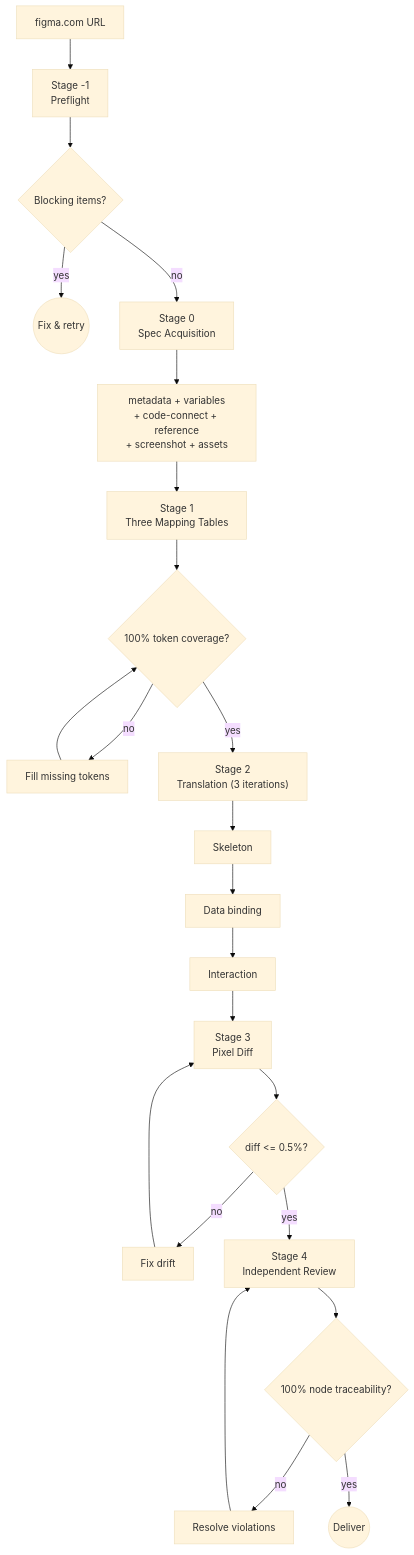
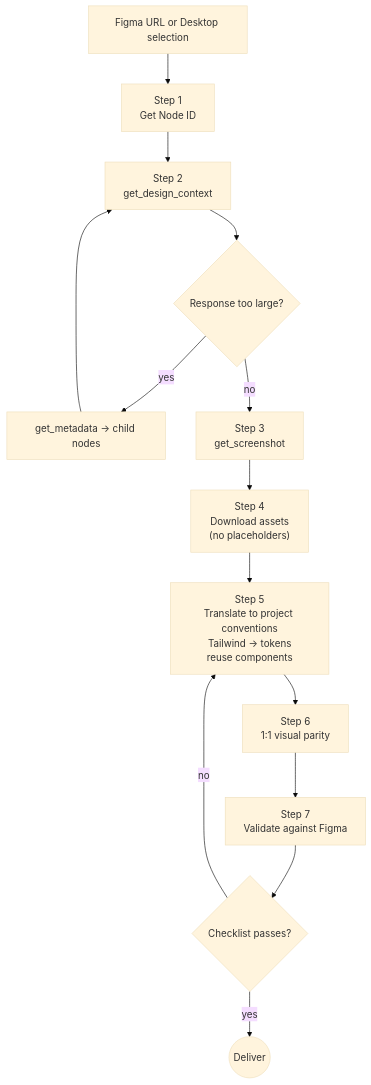
One commit to lorainwings/claude-autopilot changed the fourth of 5 diagrams in README.md. Above: the diagram before and after it, drawn with Mermaid (base theme). The commit also changed other lines of this file and 98 other files, not shown here.

First line of the commit message:
feat(figma-codegen)!: port openai figma-implement-design skill, replace figma-handoff

````diff
--- a/README.md
+++ b/README.md
@@ -188,20 +188,16 @@
 ```mermaid
 flowchart TD
-    URL["figma.com URL"] --> PRE["Stage -1<br/>Preflight"]
-    PRE --> BLOCK{Blocking items?}
-    BLOCK -->|yes| ABORT((Fix & retry))
-    BLOCK -->|no| S0["Stage 0<br/>Spec Acquisition"]
-    S0 --> META[metadata + variables<br/>+ code-connect + reference<br/>+ screenshot + assets]
-    META --> S1["Stage 1<br/>Three Mapping Tables"]
-    S1 --> COV{100% token coverage?}
-    COV -->|no| FIX1[Fill missing tokens] --> COV
-    COV -->|yes| S2["Stage 2<br/>Translation (3 iterations)"]
-    S2 --> SKEL[Skeleton] --> DATA[Data binding] --> INTER[Interaction]
-    INTER --> S3["Stage 3<br/>Pixel Diff"]
-    S3 --> DIFF{"diff <= 0.5%?"}
-    DIFF -->|no| FIXDIFF[Fix drift] --> S3
-    DIFF -->|yes| S4["Stage 4<br/>Independent Review"]
-    S4 --> TRACE{100% node traceability?}
-    TRACE -->|no| FIXREV[Resolve violations] --> S4
-    TRACE -->|yes| DONE((Deliver))
+    URL["Figma URL or Desktop selection"] --> S1["Step 1<br/>Get Node ID"]
+    S1 --> S2["Step 2<br/>get_design_context"]
+    S2 --> LARGE{Response too large?}
+    LARGE -->|yes| META[get_metadata → child nodes]
+    META --> S2
+    LARGE -->|no| S3["Step 3<br/>get_screenshot"]
+    S3 --> S4["Step 4<br/>Download assets<br/>(no placeholders)"]
+    S4 --> S5["Step 5<br/>Translate to project conventions<br/>Tailwind → tokens<br/>reuse components"]
+    S5 --> S6["Step 6<br/>1:1 visual parity"]
+    S6 --> S7["Step 7<br/>Validate against Figma"]
+    S7 --> CHECK{Checklist passes?}
+    CHECK -->|no| S5
+    CHECK -->|yes| DONE((Deliver))
 ```
````
